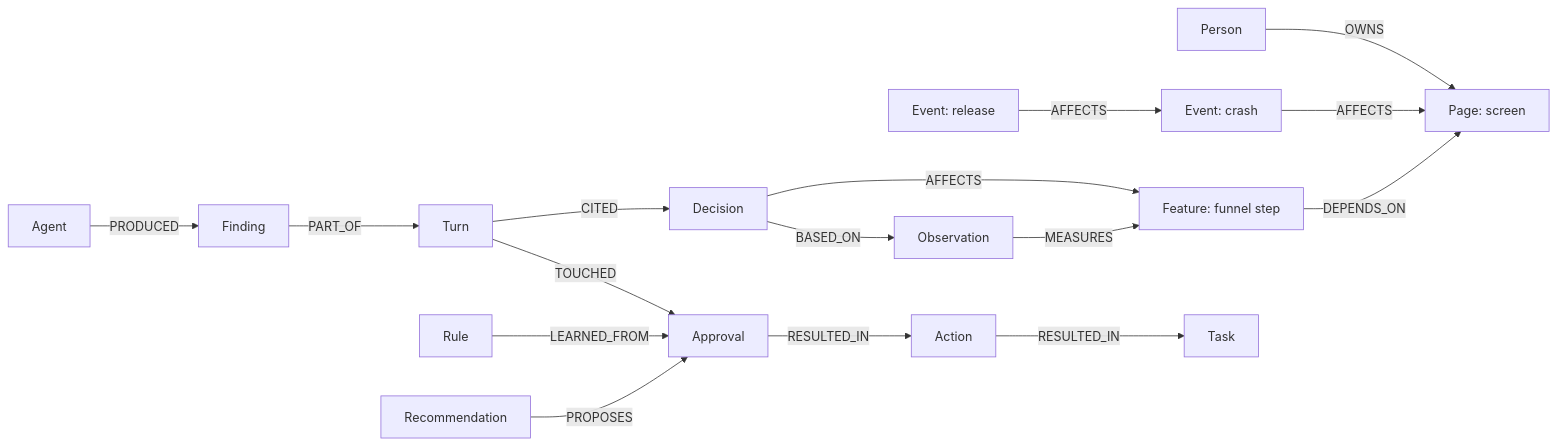
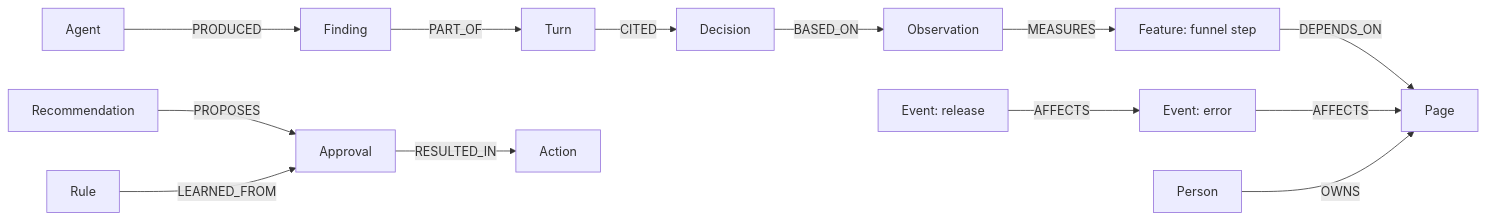
Before and after one commit to Ankit-Vohra/allevia-company-brain: the first of 2 diagrams in README.md, drawn with Mermaid. The commit also changed other lines of this file, not shown here.

````diff
--- a/README.md
+++ b/README.md
@@ -136,18 +90,15 @@
 ```mermaid
 flowchart LR
   O[Observation] -- MEASURES --> F[Feature: funnel step]
-  F -- DEPENDS_ON --> P[Page: screen]
-  E1[Event: crash] -- AFFECTS --> P
+  F -- DEPENDS_ON --> P[Page]
+  E1[Event: error] -- AFFECTS --> P
   E2[Event: release] -- AFFECTS --> E1
   Pe[Person] -- OWNS --> P
   D[Decision] -- BASED_ON --> O
-  D -- AFFECTS --> F
   Tu[Turn] -- CITED --> D
   Fi[Finding] -- PART_OF --> Tu
   Ag[Agent] -- PRODUCED --> Fi
   Re[Recommendation] -- PROPOSES --> Ap[Approval]
   Ru[Rule] -- LEARNED_FROM --> Ap
-  Tu -- TOUCHED --> Ap
   Ap -- RESULTED_IN --> Ac[Action]
-  Ac -- RESULTED_IN --> Ta[Task]
 ```
````
